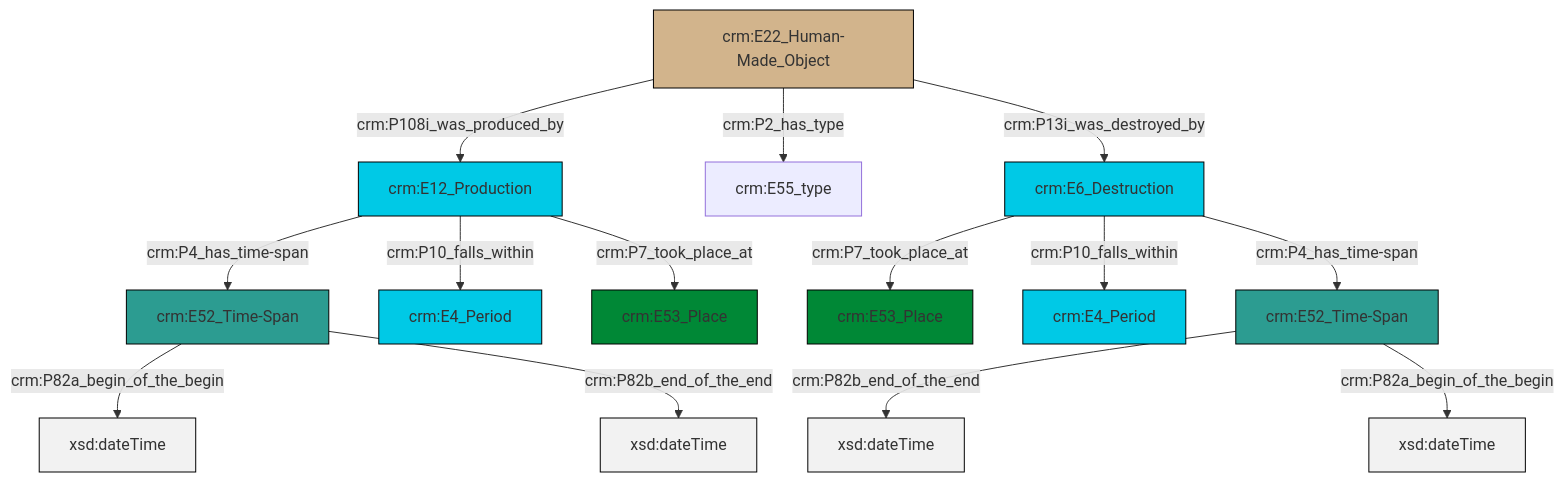
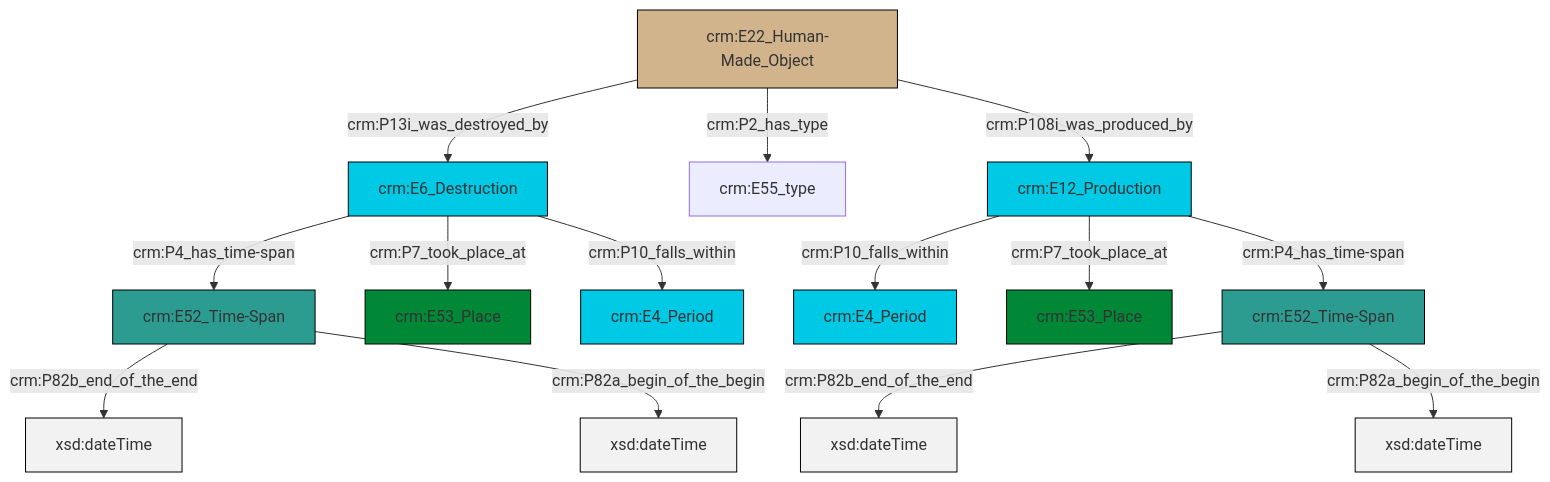
One commit to swiss-art-research-net/docs.swissartresearch changed the diagram in et/artworkCSV/ttl/mmd/Artwork_Existence.ttl.mmd. Above: the diagram before and after it, drawn with Mermaid. The commit also changed 179 other files, not shown here.

```diff
--- a/et/artworkCSV/ttl/mmd/Artwork_Existence.ttl.mmd
+++ b/et/artworkCSV/ttl/mmd/Artwork_Existence.ttl.mmd
@@ -1,28 +1,28 @@
 graph TD
 classDef Literal fill:#f2f2f2,stroke:#000000;
 classDef CRM_Entity fill:#FFFFFF,stroke:#000000;
 classDef Temporal_Entity fill:#00C9E6, stroke:#000000;
 classDef Type fill:#E18312, stroke:#000000;
 classDef Time-Span fill:#2C9C91, stroke:#000000;
 classDef Appellation fill:#FFEB7F, stroke:#000000;
 classDef Place fill:#008836, stroke:#000000;
 classDef Persistent_Item fill:#B266B2, stroke:#000000;
 classDef Conceptual_Object fill:#FFD700, stroke:#000000;
 classDef Physical_Thing fill:#D2B48C, stroke:#000000;
 classDef Actor fill:#f58aad, stroke:#000000;
 classDef PC_Classes fill:#4ce600, stroke:#000000;
 classDef Multi fill:#cccccc,stroke:#000000;
 
-0["crm:E12_Production"]:::Temporal_Entity -->|crm:P4_has_time-span| 1["crm:E52_Time-Span"]:::Time-Span
-2["crm:E6_Destruction"]:::Temporal_Entity -->|crm:P7_took_place_at| 3["crm:E53_Place"]:::Place
-4["crm:E22_Human-Made_Object"]:::Physical_Thing -->|crm:P108i_was_produced_by| 0["crm:E12_Production"]:::Temporal_Entity
-4["crm:E22_Human-Made_Object"]:::Physical_Thing -->|crm:P2_has_type| 7["crm:E55_type"]:::Default
-1["crm:E52_Time-Span"]:::Time-Span -->|crm:P82a_begin_of_the_begin| 10[xsd:dateTime]:::Literal
-1["crm:E52_Time-Span"]:::Time-Span -->|crm:P82b_end_of_the_end| 13[xsd:dateTime]:::Literal
-0["crm:E12_Production"]:::Temporal_Entity -->|crm:P10_falls_within| 5["crm:E4_Period"]:::Temporal_Entity
-2["crm:E6_Destruction"]:::Temporal_Entity -->|crm:P10_falls_within| 8["crm:E4_Period"]:::Temporal_Entity
-4["crm:E22_Human-Made_Object"]:::Physical_Thing -->|crm:P13i_was_destroyed_by| 2["crm:E6_Destruction"]:::Temporal_Entity
-15["crm:E52_Time-Span"]:::Time-Span -->|crm:P82b_end_of_the_end| 16[xsd:dateTime]:::Literal
-0["crm:E12_Production"]:::Temporal_Entity -->|crm:P7_took_place_at| 18["crm:E53_Place"]:::Place
-15["crm:E52_Time-Span"]:::Time-Span -->|crm:P82a_begin_of_the_begin| 20[xsd:dateTime]:::Literal
-2["crm:E6_Destruction"]:::Temporal_Entity -->|crm:P4_has_time-span| 15["crm:E52_Time-Span"]:::Time-Span
+6["crm:E22_Human-Made_Object"]:::Physical_Thing -->|crm:P13i_was_destroyed_by| 7["crm:E6_Destruction"]:::Temporal_Entity
+8["crm:E12_Production"]:::Temporal_Entity -->|crm:P10_falls_within| 9["crm:E4_Period"]:::Temporal_Entity
+7["crm:E6_Destruction"]:::Temporal_Entity -->|crm:P4_has_time-span| 10["crm:E52_Time-Span"]:::Time-Span
+11["crm:E52_Time-Span"]:::Time-Span -->|crm:P82b_end_of_the_end| 12[xsd:dateTime]:::Literal
+8["crm:E12_Production"]:::Temporal_Entity -->|crm:P7_took_place_at| 4["crm:E53_Place"]:::Place
+7["crm:E6_Destruction"]:::Temporal_Entity -->|crm:P7_took_place_at| 2["crm:E53_Place"]:::Place
+11["crm:E52_Time-Span"]:::Time-Span -->|crm:P82a_begin_of_the_begin| 14[xsd:dateTime]:::Literal
+6["crm:E22_Human-Made_Object"]:::Physical_Thing -->|crm:P2_has_type| 0["crm:E55_type"]:::Default
+6["crm:E22_Human-Made_Object"]:::Physical_Thing -->|crm:P108i_was_produced_by| 8["crm:E12_Production"]:::Temporal_Entity
+10["crm:E52_Time-Span"]:::Time-Span -->|crm:P82b_end_of_the_end| 18[xsd:dateTime]:::Literal
+10["crm:E52_Time-Span"]:::Time-Span -->|crm:P82a_begin_of_the_begin| 19[xsd:dateTime]:::Literal
+7["crm:E6_Destruction"]:::Temporal_Entity -->|crm:P10_falls_within| 22["crm:E4_Period"]:::Temporal_Entity
+8["crm:E12_Production"]:::Temporal_Entity -->|crm:P4_has_time-span| 11["crm:E52_Time-Span"]:::Time-Span
```
